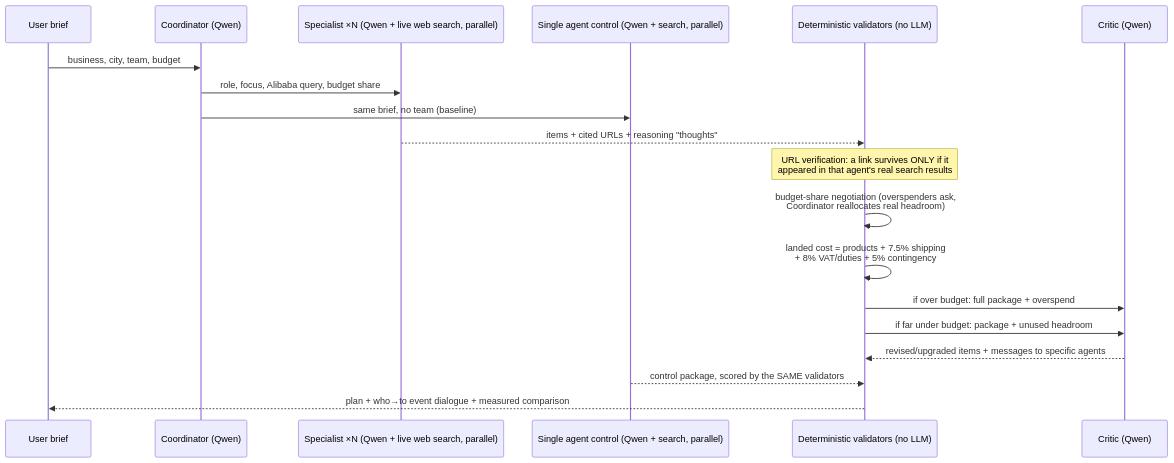
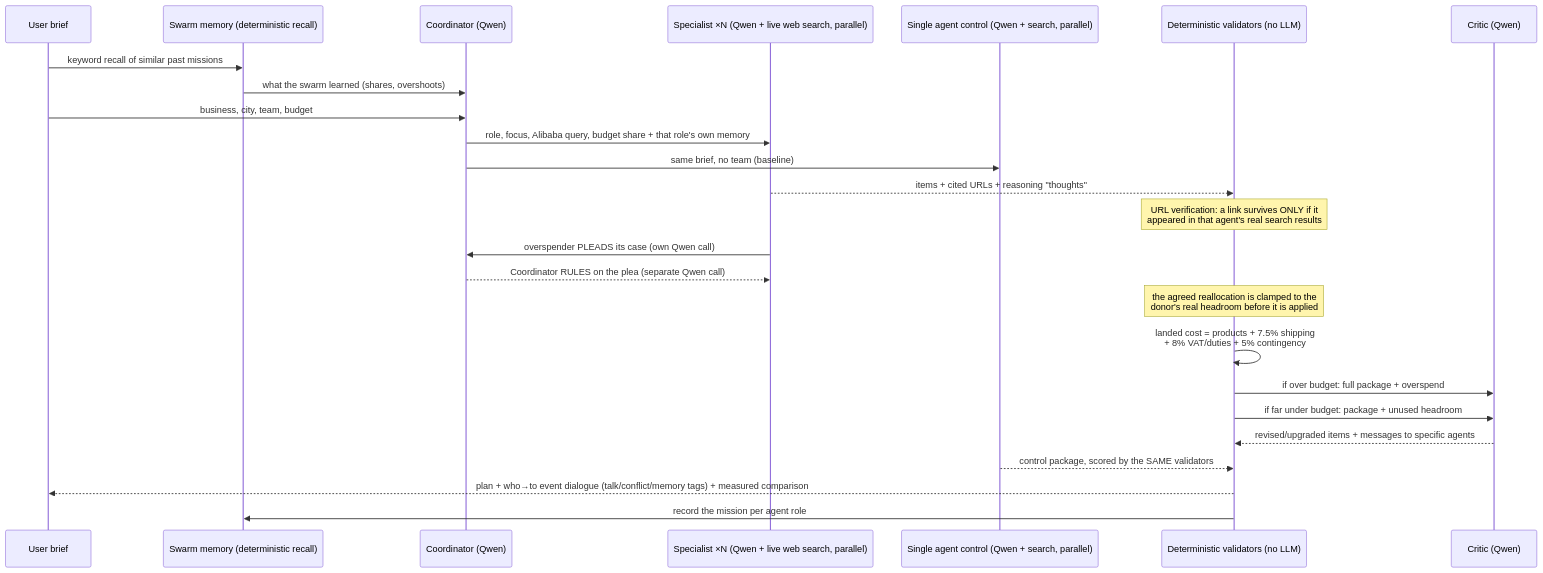
Before and after one commit to teawa-b/QwenHackathon-2: the second of 2 diagrams in docs/ARCHITECTURE.md, drawn with Mermaid. The commit also changed other lines of this file and 14 other files, not shown here.

First line of the commit message:
Persistent agent memory, real LLM negotiation, branding and landing polish

````diff
--- a/docs/ARCHITECTURE.md
+++ b/docs/ARCHITECTURE.md
@@ -48,22 +50,28 @@
 ```mermaid
 sequenceDiagram
     participant U as User brief
+    participant M as Swarm memory (deterministic recall)
     participant C as Coordinator (Qwen)
     participant S1 as Specialist ×N (Qwen + live web search, parallel)
     participant B as Single agent control (Qwen + search, parallel)
     participant V as Deterministic validators (no LLM)
     participant K as Critic (Qwen)
 
+    U->>M: keyword recall of similar past missions
+    M->>C: what the swarm learned (shares, overshoots)
     U->>C: business, city, team, budget
-    C->>S1: role, focus, Alibaba query, budget share
+    C->>S1: role, focus, Alibaba query, budget share + that role's own memory
     C->>B: same brief, no team (baseline)
     S1-->>V: items + cited URLs + reasoning "thoughts"
     Note over V: URL verification: a link survives ONLY if it<br/>appeared in that agent's real search results
-    V->>V: budget-share negotiation (overspenders ask,<br/>Coordinator reallocates real headroom)
+    S1->>C: overspender PLEADS its case (own Qwen call)
+    C-->>S1: Coordinator RULES on the plea (separate Qwen call)
+    Note over V: the agreed reallocation is clamped to the<br/>donor's real headroom before it is applied
     V->>V: landed cost = products + 7.5% shipping<br/>+ 8% VAT/duties + 5% contingency
     V->>K: if over budget: full package + overspend
     V->>K: if far under budget: package + unused headroom
     K-->>V: revised/upgraded items + messages to specific agents
     B-->>V: control package, scored by the SAME validators
-    V-->>U: plan + who→to event dialogue + measured comparison
+    V-->>U: plan + who→to event dialogue (talk/conflict/memory tags) + measured comparison
+    V->>M: record the mission per agent role
 ```
````
